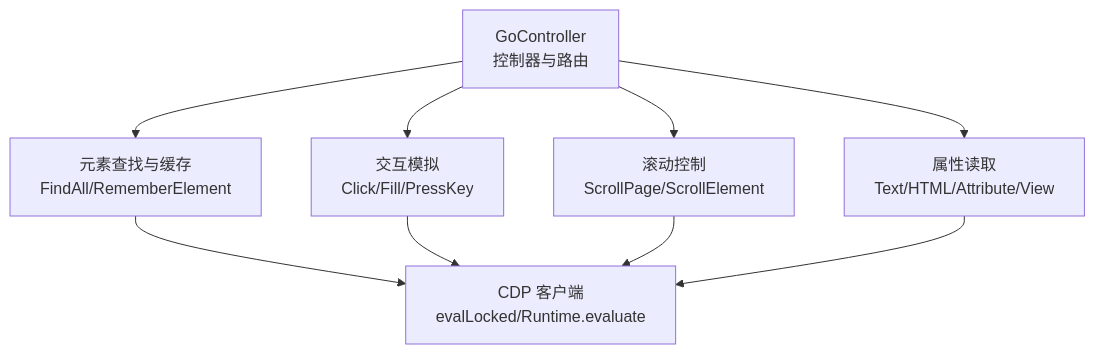
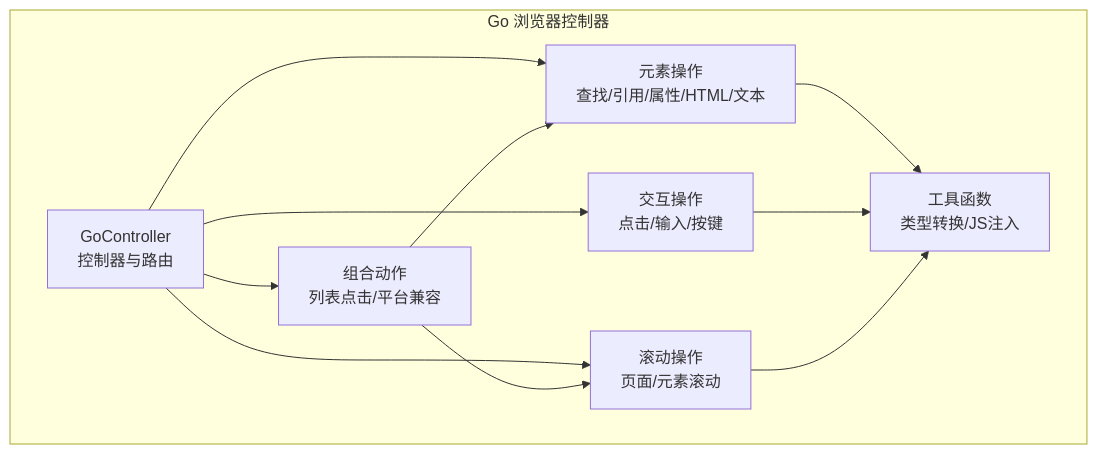
One commit to alvinwangzi/goodhr changed the first of 8 diagrams in .qoder/repowiki/zh/content/本地执行器/浏览器自动化/浏览器控制器/元素操作封装.md. Above: the diagram before and after it, drawn with Mermaid. The commit also changed other lines of this file and 149 other files, not shown here.

````diff
--- a/.qoder/repowiki/zh/content/本地执行器/浏览器自动化/浏览器控制器/元素操作封装.md
+++ b/.qoder/repowiki/zh/content/本地执行器/浏览器自动化/浏览器控制器/元素操作封装.md
@@ -46,11 +43,20 @@
 ```mermaid
 graph TB
-A["GoController<br/>控制器与路由"] --> B["元素查找与缓存<br/>FindAll/RememberElement"]
-A --> C["交互模拟<br/>Click/Fill/PressKey"]
-A --> D["滚动控制<br/>ScrollPage/ScrollElement"]
-A --> E["属性读取<br/>Text/HTML/Attribute/View"]
-B --> F["CDP 客户端<br/>evalLocked/Runtime.evaluate"]
-C --> F
-D --> F
-E --> F
+subgraph "Go 浏览器控制器"
+Ctrl["GoController<br/>控制器与路由"]
+Elem["元素操作<br/>查找/引用/属性/HTML/文本"]
+Input["交互操作<br/>点击/输入/按键"]
+Scroll["滚动操作<br/>页面/元素滚动"]
+Actions["组合动作<br/>列表点击/平台兼容"]
+Helpers["工具函数<br/>类型转换/JS注入"]
+end
+Ctrl --> Elem
+Ctrl --> Input
+Ctrl --> Scroll
+Ctrl --> Actions
+Elem --> Helpers
+Input --> Helpers
+Scroll --> Helpers
+Actions --> Elem
+Actions --> Scroll
 ```
````
